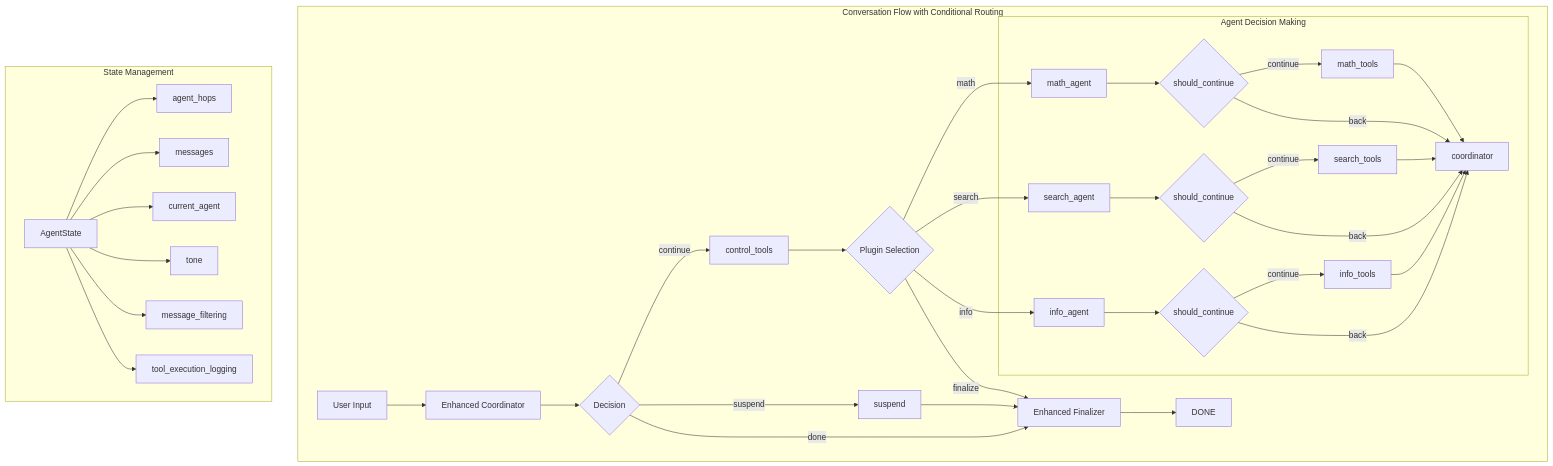
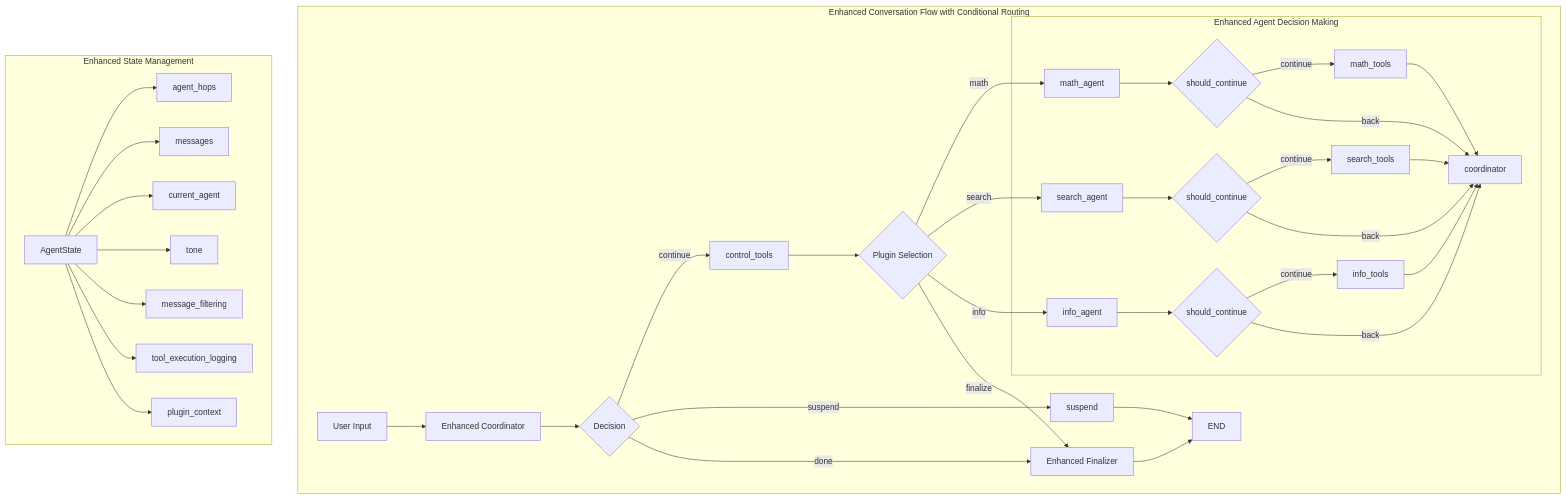
Before and after one commit to jonaskahn/cadence: the seventh of 9 diagrams in docs/concepts/langgraph-architecture.md, drawn with Mermaid. The commit also changed other lines of this file and 5 other files, not shown here.

````diff
--- a/docs/concepts/langgraph-architecture.md
+++ b/docs/concepts/langgraph-architecture.md
@@ -402,46 +327,47 @@
 ```mermaid
 graph TB
-    subgraph "Conversation Flow with Conditional Routing"
+    subgraph "Enhanced Conversation Flow with Conditional Routing"
         A[User Input] --> B[Enhanced Coordinator]
         B --> C{Decision}
         
         C -->|continue| D[control_tools]
         C -->|suspend| E[suspend]
         C -->|done| K[Enhanced Finalizer]
         
         D --> G{Plugin Selection}
         G -->|math| H[math_agent]
         G -->|search| I[search_agent]
         G -->|info| J[info_agent]
         G -->|finalize| K
         
-        subgraph "Agent Decision Making"
+        subgraph "Enhanced Agent Decision Making"
             H --> L{should_continue}
             I --> M{should_continue}
             J --> N{should_continue}
             
             L -->|continue| O[math_tools]
             L -->|back| P[coordinator]
             M -->|continue| Q[search_tools]
             M -->|back| P
             N -->|continue| R[info_tools]
             N -->|back| P
             
             O --> P
             Q --> P
             R --> P
         end
         
-        E --> K
-        K --> F[DONE]
+        E --> END[END]
+        K --> END
     end
     
-    subgraph "State Management"
+    subgraph "Enhanced State Management"
         S[AgentState] --> T[agent_hops]
         S --> U[messages]
         S --> V[current_agent]
         S --> W[tone]
         S --> X[message_filtering]
         S --> Y[tool_execution_logging]
+        S --> Z[plugin_context]
     end
 ```
````
